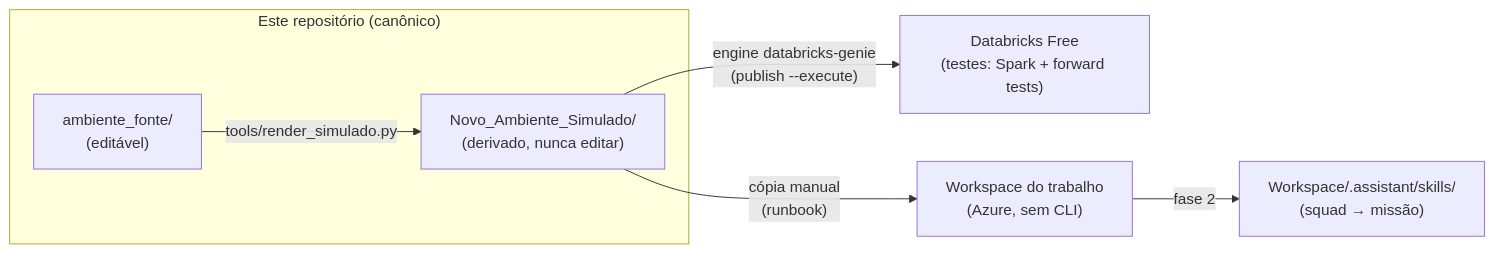
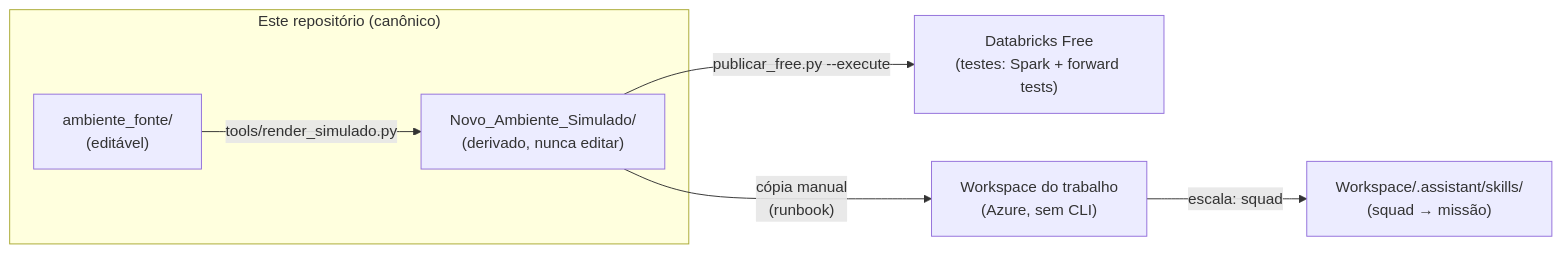
Before and after one commit to Guimarais-R-Rodrigo/Ambiente_Databricks: the first of 2 diagrams in README.md, drawn with Mermaid. The commit also changed other lines of this file and 15 other files, not shown here.

````diff
--- a/README.md
+++ b/README.md
@@ -18,9 +18,9 @@
 ```mermaid
 flowchart LR
   subgraph REPO["Este repositório (canônico)"]
     F["ambiente_fonte/\n(editável)"] -->|"tools/render_simulado.py"| S["Novo_Ambiente_Simulado/\n(derivado, nunca editar)"]
   end
-  S -->|"engine databricks-genie\n(publish --execute)"| FREE["Databricks Free\n(testes: Spark + forward tests)"]
+  S -->|"publicar_free.py --execute"| FREE["Databricks Free\n(testes: Spark + forward tests)"]
   S -->|"cópia manual\n(runbook)"| WORK["Workspace do trabalho\n(Azure, sem CLI)"]
-  WORK -->|"fase 2"| SQUAD["Workspace/.assistant/skills/\n(squad → missão)"]
+  WORK -->|"escala: squad"| SQUAD["Workspace/.assistant/skills/\n(squad → missão)"]
 ```
````
